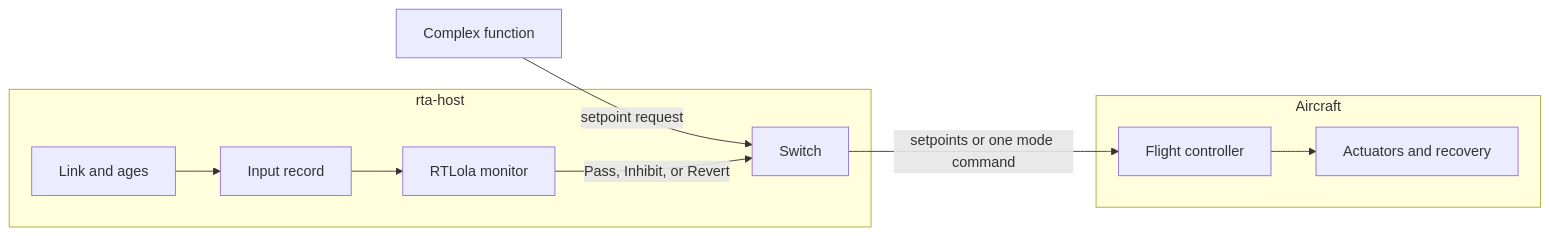
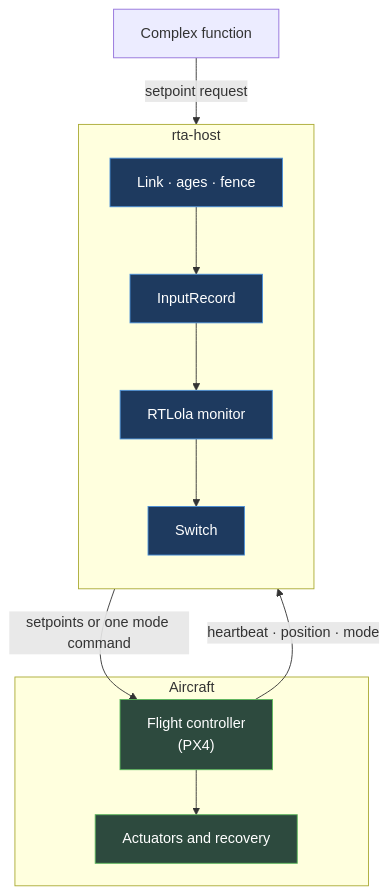
One commit to MatthewK84/AuToBoTs changed the first of 5 diagrams in README.md. Above: the diagram before and after it, drawn with Mermaid. The commit also changed other lines of this file and 1 other file, not shown here.

First line of the commit message:
Professional README: architecture diagrams, status, residuals, and documentation map

````diff
--- a/README.md
+++ b/README.md
@@ -9,19 +18,26 @@
 ```mermaid
-flowchart LR
-    subgraph aircraft [Aircraft]
-        FC[Flight controller]
-        ACT[Actuators and recovery]
+flowchart TB
+    subgraph Aircraft["Aircraft"]
+        FC["Flight controller<br/>(PX4)"]
+        ACT["Actuators and recovery"]
+        FC --> ACT
     end
-    subgraph host [rta-host]
-        LINK[Link and ages]
-        REC[Input record]
-        MON[RTLola monitor]
-        SW[Switch]
+
+    subgraph Host["rta-host"]
+        direction TB
+        LINK["Link · ages · fence"]
+        REC["InputRecord"]
+        MON["RTLola monitor"]
+        SW["Switch"]
+        LINK --> REC --> MON --> SW
     end
-    CF[Complex function] -->|setpoint request| SW
-    LINK --> REC
-    REC --> MON
-    MON -->|Pass, Inhibit, or Revert| SW
+
+    CF["Complex function"] -->|setpoint request| SW
     SW -->|setpoints or one mode command| FC
-    FC --> ACT
+    FC -->|heartbeat · position · mode| LINK
+
+    classDef host fill:#1e3a5f,stroke:#4a90d9,color:#fff
+    classDef ac fill:#2d4a3e,stroke:#5cb85c,color:#fff
+    class LINK,REC,MON,SW host
+    class FC,ACT ac
 ```
````
